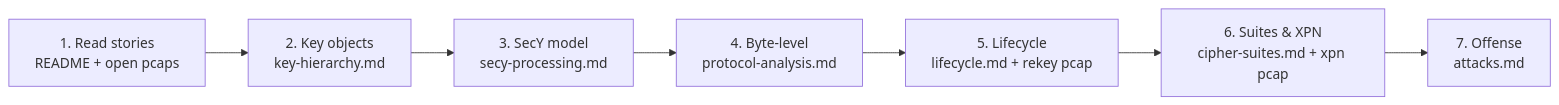
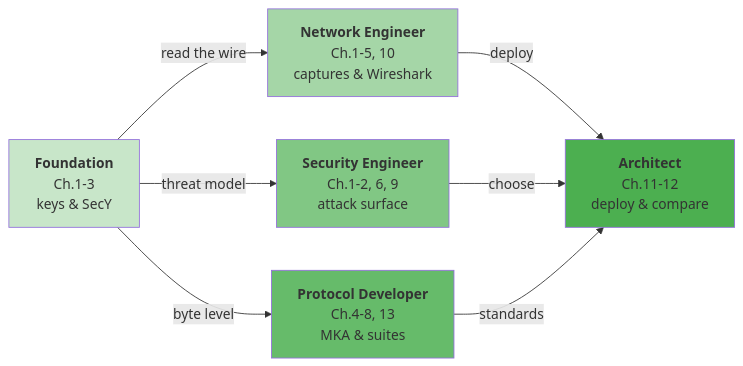
One commit to johnfu-ai/MACsec_Lab changed the diagram in README.md. Above: the diagram before and after it, drawn with Mermaid. The commit also changed other lines of this file and 104 other files, not shown here.

````diff
--- a/README.md
+++ b/README.md
@@ -26,9 +99,15 @@
 ```mermaid
-flowchart LR
-    S1["1. Read stories<br/>README + open pcaps"] --> S2["2. Key objects<br/>key-hierarchy.md"]
-    S2 --> S3["3. SecY model<br/>secy-processing.md"]
-    S3 --> S4["4. Byte-level<br/>protocol-analysis.md"]
-    S4 --> S5["5. Lifecycle<br/>lifecycle.md + rekey pcap"]
-    S5 --> S6["6. Suites & XPN<br/>cipher-suites.md + xpn pcap"]
-    S6 --> S7["7. Offense<br/>attacks.md"]
+graph LR
+    A["<b>Foundation</b><br/>Ch.1-3<br/>keys & SecY"] -->|read the wire| B["<b>Network Engineer</b><br/>Ch.1-5, 10<br/>captures & Wireshark"]
+    A -->|threat model| C["<b>Security Engineer</b><br/>Ch.1-2, 6, 9<br/>attack surface"]
+    A -->|byte level| D["<b>Protocol Developer</b><br/>Ch.4-8, 13<br/>MKA & suites"]
+    B -->|deploy| E["<b>Architect</b><br/>Ch.11-12<br/>deploy & compare"]
+    C -->|choose| E
+    D -->|standards| E
+
+    style A fill:#c8e6c9
+    style B fill:#a5d6a7
+    style C fill:#81c784
+    style D fill:#66bb6a
+    style E fill:#4caf50
 ```
````
